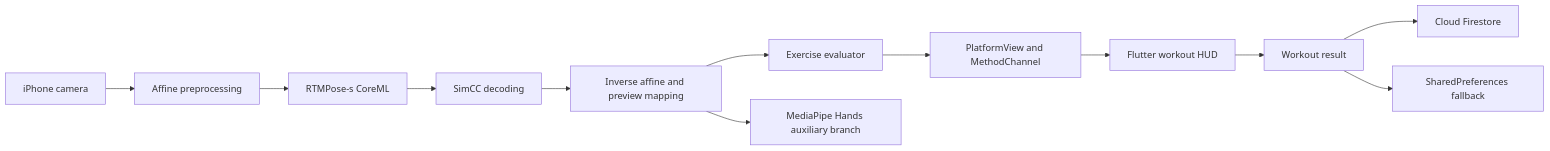
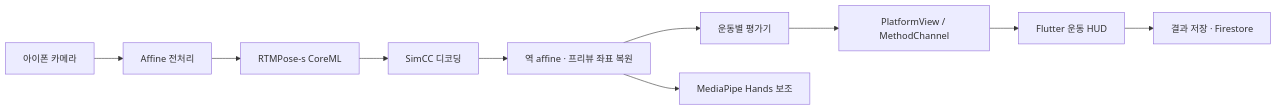
One commit to 06-month/BPT changed the diagram in README.md. Above: the diagram before and after it, drawn with Mermaid. The commit also changed other lines of this file and 7 other files, not shown here.

````diff
--- a/README.md
+++ b/README.md
@@ -48,14 +30,12 @@
 ```mermaid
 flowchart LR
-    Camera[iPhone camera] --> Preprocess[Affine preprocessing]
-    Preprocess --> RTMPose[RTMPose-s CoreML]
-    RTMPose --> SimCC[SimCC decoding]
-    SimCC --> Coordinates[Inverse affine and preview mapping]
-    Coordinates --> Evaluator[Exercise evaluator]
-    Coordinates --> Hand[MediaPipe Hands auxiliary branch]
-    Evaluator --> Channel[PlatformView and MethodChannel]
-    Channel --> HUD[Flutter workout HUD]
-    HUD --> Result[Workout result]
-    Result --> Firestore[Cloud Firestore]
-    Result --> Local[SharedPreferences fallback]
+    Cam[아이폰 카메라] --> Pre[Affine 전처리]
+    Pre --> RTM[RTMPose-s CoreML]
+    RTM --> SimCC[SimCC 디코딩]
+    SimCC --> Coord[역 affine · 프리뷰 좌표 복원]
+    Coord --> Eval[운동별 평가기]
+    Coord --> Hand[MediaPipe Hands 보조]
+    Eval --> Ch[PlatformView / MethodChannel]
+    Ch --> HUD[Flutter 운동 HUD]
+    HUD --> Res[결과 저장 · Firestore]
 ```
````
